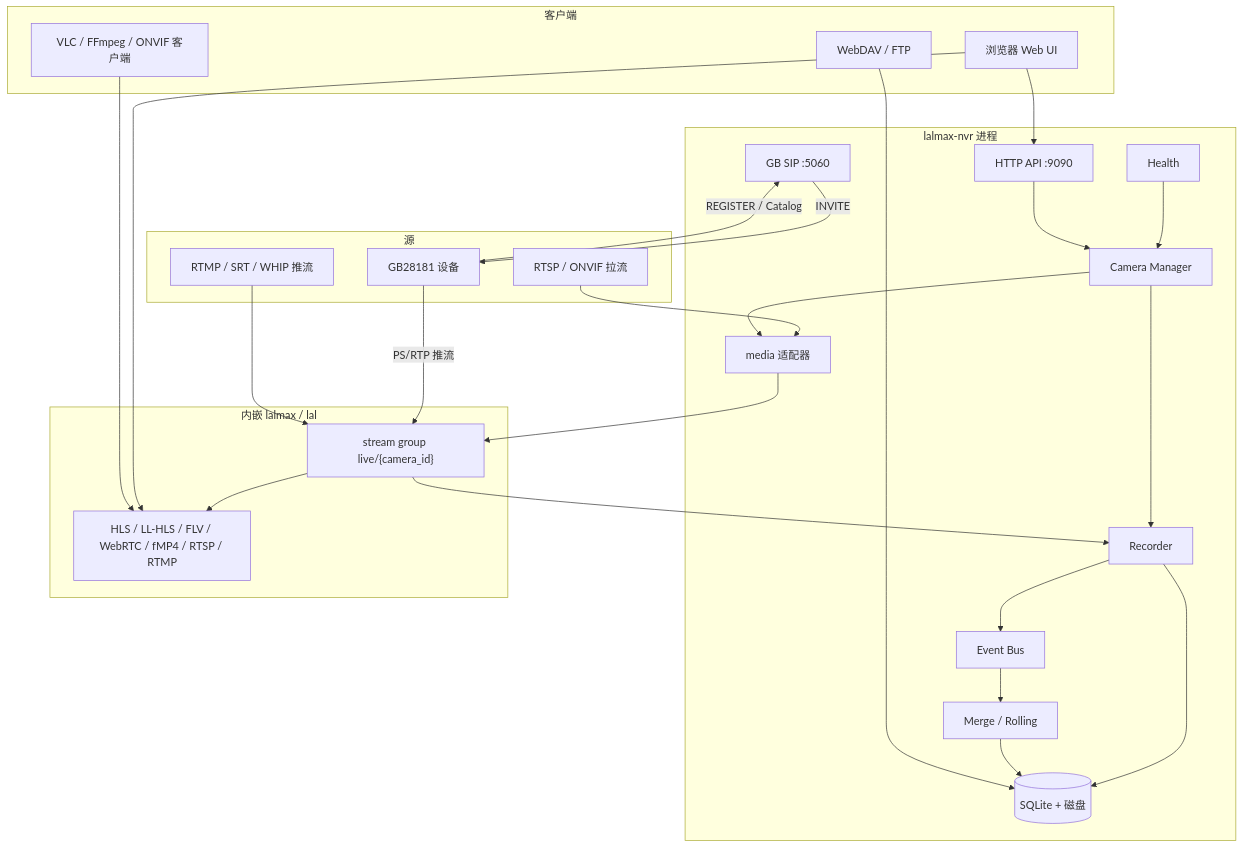
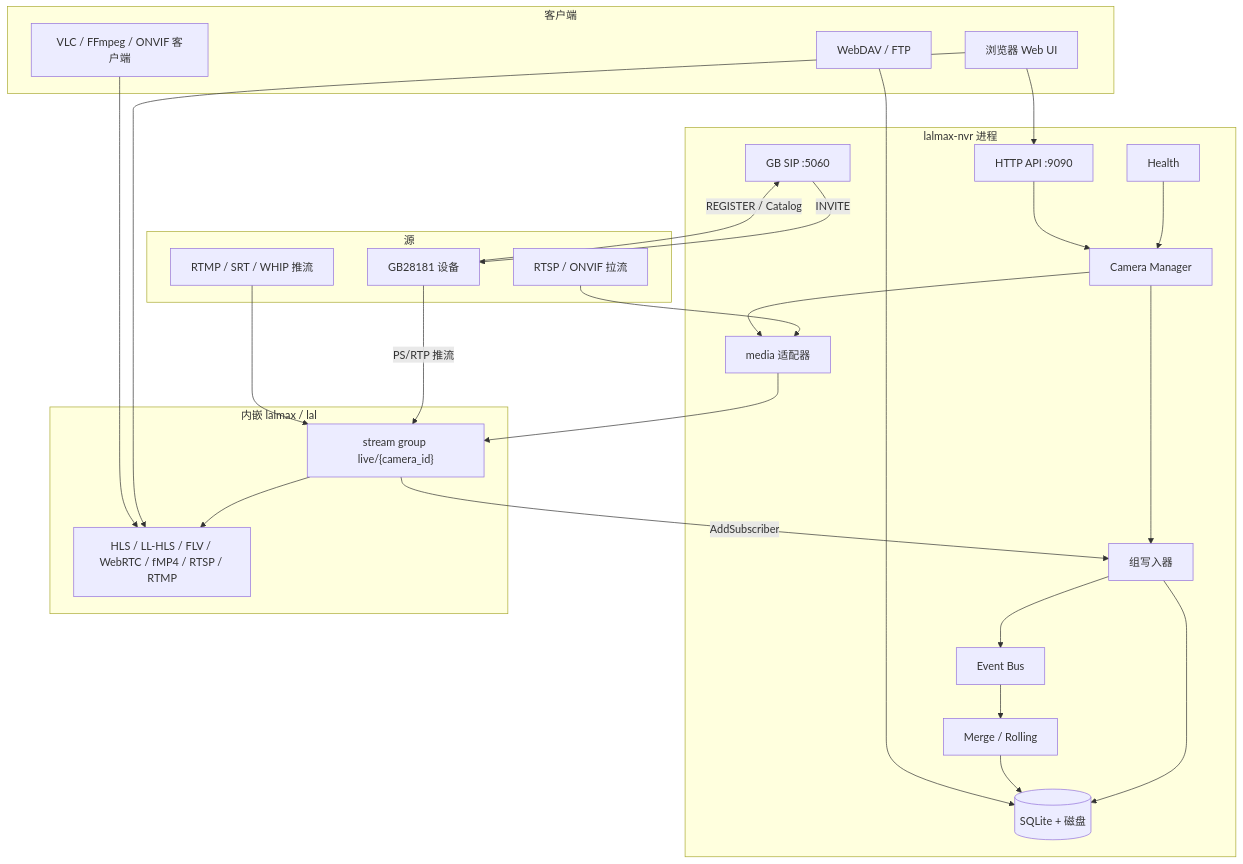
The first of 7 diagrams in docs/zh/architecture.md (lalmax-pro/lalmax-nvr), drawn with Mermaid before and after one commit. The commit also changed other lines of this file and 3 other files, not shown here.

First line of the commit message:
docs: align README and architecture with the group writer

````diff
--- a/docs/zh/architecture.md
+++ b/docs/zh/architecture.md
@@ -9,52 +9,52 @@
 ```mermaid
 flowchart TB
   subgraph clients [客户端]
     Browser[浏览器 Web UI]
     Player[VLC / FFmpeg / ONVIF 客户端]
     Files[WebDAV / FTP]
   end
 
   subgraph nvr [lalmax-nvr 进程]
     API[HTTP API :9090]
     CamMgr[Camera Manager]
-    Rec[Recorder]
+    Rec[组写入器]
     Merge[Merge / Rolling]
     Health[Health]
     Bus[Event Bus]
     Store[(SQLite + 磁盘)]
     SIP[GB SIP :5060]
     MediaAdp[media 适配器]
   end
 
   subgraph engine [内嵌 lalmax / lal]
     Group["stream group live/{camera_id}"]
     Out[HLS / LL-HLS / FLV / WebRTC / fMP4 / RTSP / RTMP]
   end
 
   subgraph sources [源]
     RTSP[RTSP / ONVIF 拉流]
     GB[GB28181 设备]
     Push[RTMP / SRT / WHIP 推流]
   end
 
   RTSP --> MediaAdp
   GB -->|REGISTER / Catalog| SIP
   SIP -->|INVITE| GB
   GB -->|PS/RTP 推流| Group
   Push --> Group
   MediaAdp --> Group
   Group --> Out
-  Group --> Rec
+  Group -->|AddSubscriber| Rec
   Rec --> Store
   Rec --> Bus
   Bus --> Merge
   Merge --> Store
   CamMgr --> MediaAdp
   CamMgr --> Rec
   Health --> CamMgr
   API --> CamMgr
   Browser --> API
   Browser --> Out
   Player --> Out
   Files --> Store
 ```
````
